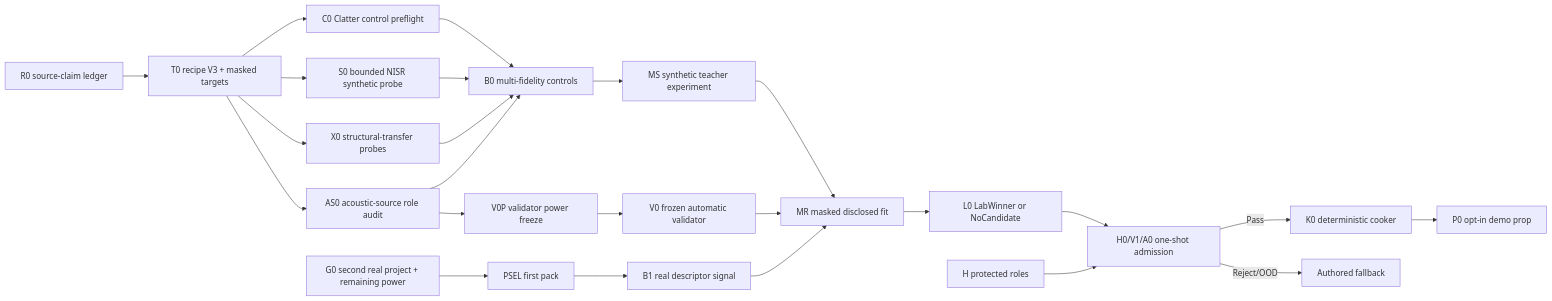
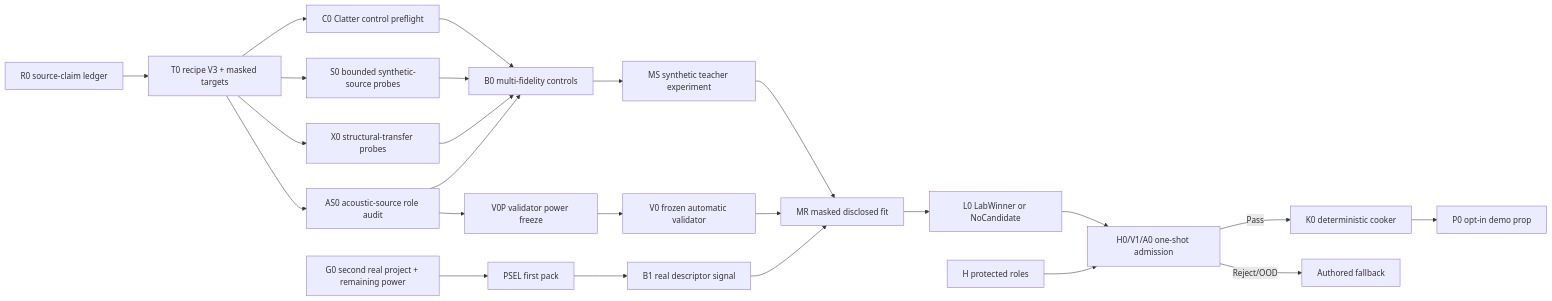
The diagram in docs/plans/physical-sound-synthesis-roadmap-v45.md (kaifaty/NextEngine), drawn with Mermaid before and after one commit. The commit also changed other lines of this file and 7 other files, not shown here.

````diff
--- a/docs/plans/physical-sound-synthesis-roadmap-v45.md
+++ b/docs/plans/physical-sound-synthesis-roadmap-v45.md
@@ -101,28 +101,28 @@
 ```mermaid
 flowchart LR
     R0["R0 source-claim ledger"] --> T0["T0 recipe V3 + masked targets"]
     T0 --> C0["C0 Clatter control preflight"]
-    T0 --> S0["S0 bounded NISR synthetic probe"]
+    T0 --> S0["S0 bounded synthetic-source probes"]
     T0 --> X0["X0 structural-transfer probes"]
     T0 --> AS0["AS0 acoustic-source role audit"]
     C0 --> B0["B0 multi-fidelity controls"]
     S0 --> B0
     X0 --> B0
     AS0 --> B0
     B0 --> MS["MS synthetic teacher experiment"]
 
     G0["G0 second real project + remaining power"] --> PSEL["PSEL first pack"]
     PSEL --> B1["B1 real descriptor signal"]
     AS0 --> V0P["V0P validator power freeze"]
     V0P --> V0["V0 frozen automatic validator"]
     MS --> MR["MR masked disclosed fit"]
     B1 --> MR
     V0 --> MR
     MR --> L0["L0 LabWinner or NoCandidate"]
 
     H["H protected roles"] --> ONE["H0/V1/A0 one-shot admission"]
     L0 --> ONE
     ONE -->|Pass| K0["K0 deterministic cooker"]
     ONE -->|Reject/OOD| FB["Authored fallback"]
     K0 --> P0["P0 opt-in demo prop"]
 ```
````
